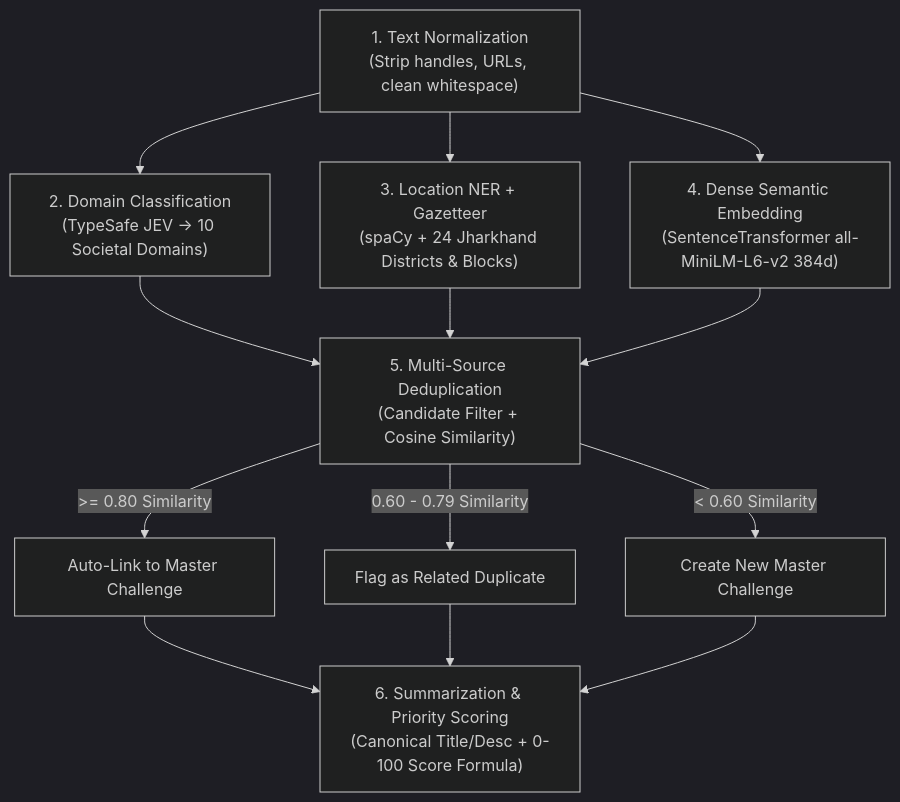
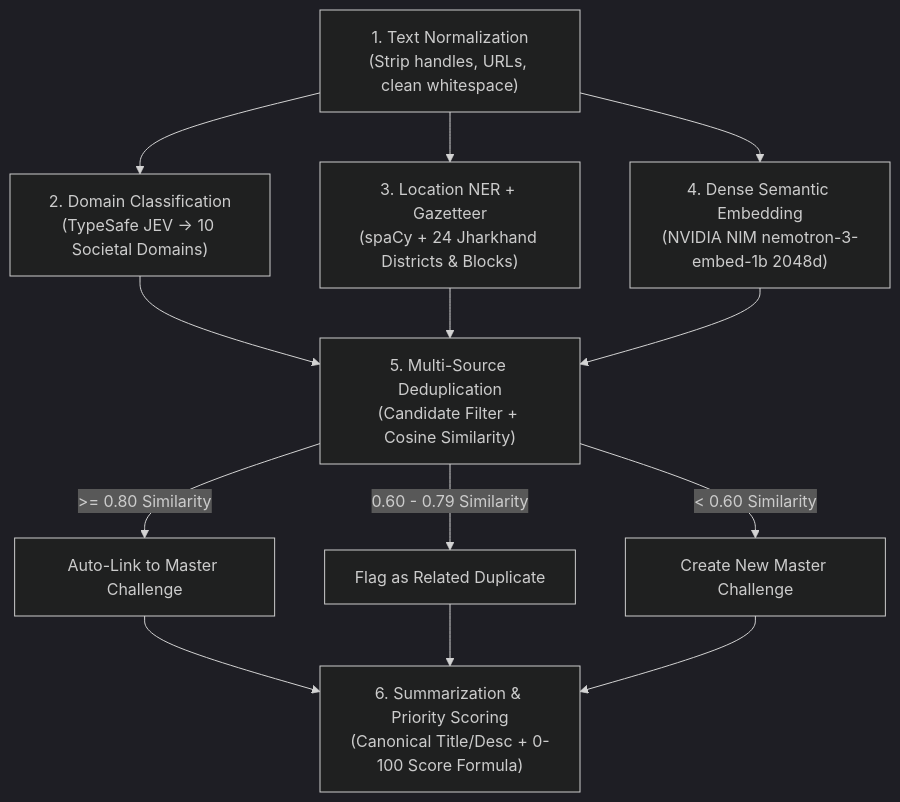
Before and after one commit to AnjaliJha-23/IssueRouter-SIH-2026: the second of 2 diagrams in docs/NLP_INGESTION_TO_DASHBOARD_INTEGRATION_GUIDE.md, drawn with Mermaid (dark theme). The commit also changed other lines of this file and 6 other files, not shown here.

First line of the commit message:
docs(nlp-pipeline): document hosted NVIDIA NIM embeddings and summarization

````diff
--- a/docs/NLP_INGESTION_TO_DASHBOARD_INTEGRATION_GUIDE.md
+++ b/docs/NLP_INGESTION_TO_DASHBOARD_INTEGRATION_GUIDE.md
@@ -56,14 +56,14 @@
 ```mermaid
 flowchart TD
     S1["1. Text Normalization\n(Strip handles, URLs, clean whitespace)"] --> S2["2. Domain Classification\n(TypeSafe JEV → 10 Societal Domains)"]
     S1 --> S3["3. Location NER + Gazetteer\n(spaCy + 24 Jharkhand Districts & Blocks)"]
-    S1 --> S4["4. Dense Semantic Embedding\n(SentenceTransformer all-MiniLM-L6-v2 384d)"]
+    S1 --> S4["4. Dense Semantic Embedding\n(NVIDIA NIM nemotron-3-embed-1b 2048d)"]
     
     S2 & S3 & S4 --> S5["5. Multi-Source Deduplication\n(Candidate Filter + Cosine Similarity)"]
     
     S5 -->|>= 0.80 Similarity| S5A["Auto-Link to Master Challenge"]
     S5 -->|0.60 - 0.79 Similarity| S5B["Flag as Related Duplicate"]
     S5 -->|< 0.60 Similarity| S5C["Create New Master Challenge"]
     
     S5A & S5B & S5C --> S6["6. Summarization & Priority Scoring\n(Canonical Title/Desc + 0-100 Score Formula)"]
 ```
````
